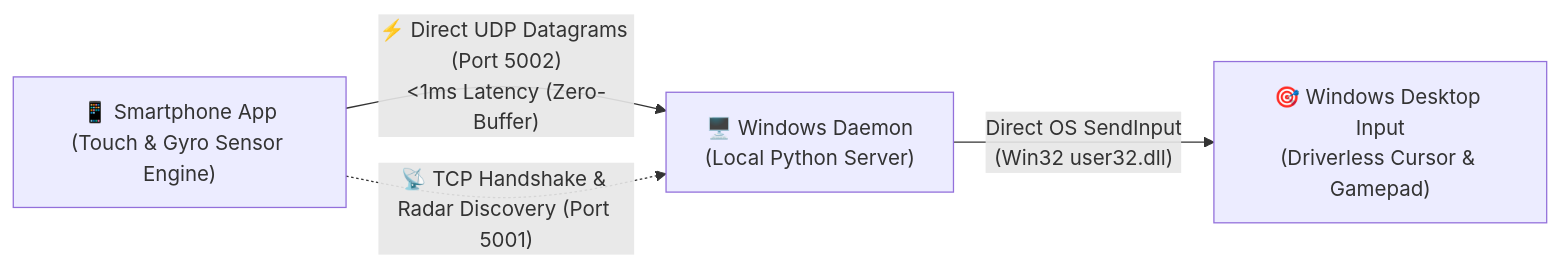
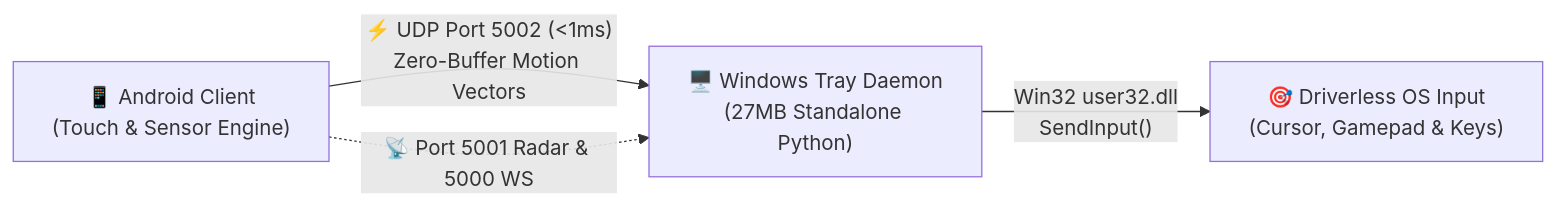
One commit to AgrShubham/resume-maker changed the second of 2 diagrams in outreach/github_profile_readme.md. Above: the diagram before and after it, drawn with Mermaid. The commit also changed other lines of this file, not shown here.

````diff
--- a/outreach/github_profile_readme.md
+++ b/outreach/github_profile_readme.md
@@ -128,6 +104,6 @@
 ```mermaid
 flowchart LR
-    A["📱 Smartphone App<br/>(Touch &amp; Gyro Sensor Engine)"] -->|"⚡ Direct UDP Datagrams (Port 5002)<br/>&lt;1ms Latency (Zero-Buffer)"| B["🖥️ Windows Daemon<br/>(Local Python Server)"]
-    A -.->|"📡 TCP Handshake &amp; Radar Discovery (Port 5001)"| B
-    B -->|"Direct OS SendInput<br/>(Win32 user32.dll)"| C["🎯 Windows Desktop Input<br/>(Driverless Cursor &amp; Gamepad)"]
+    A["📱 Android Client<br/>(Touch &amp; Sensor Engine)"] -->|"⚡ UDP Port 5002 (&lt;1ms)<br/>Zero-Buffer Motion Vectors"| B["🖥️ Windows Tray Daemon<br/>(27MB Standalone Python)"]
+    A -.->|"📡 Port 5001 Radar &amp; 5000 WS"| B
+    B -->|"Win32 user32.dll<br/>SendInput()"| C["🎯 Driverless OS Input<br/>(Cursor, Gamepad &amp; Keys)"]
 ```
````
